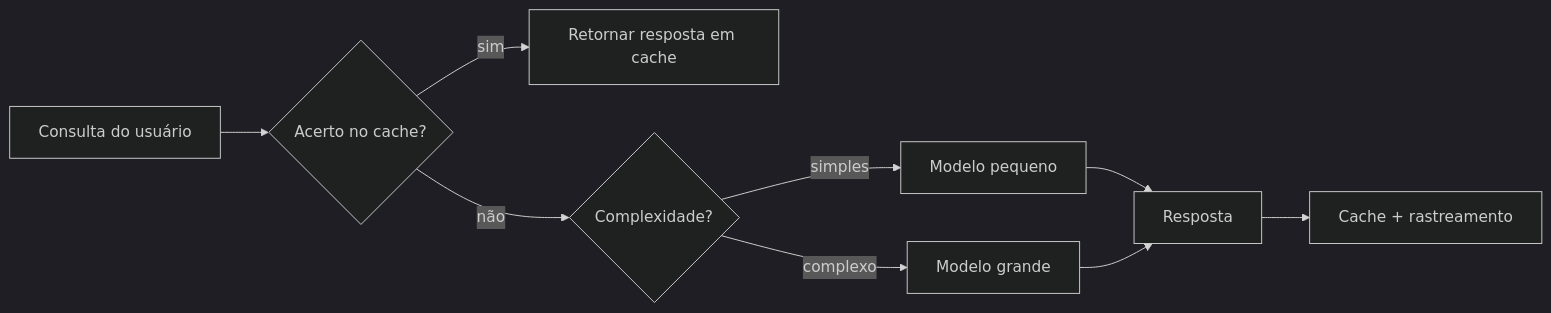
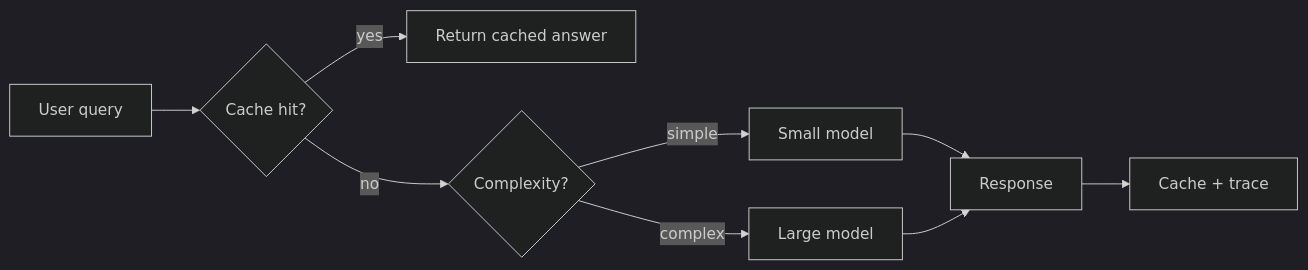
One commit to gabrielmoreira/agent-skills-mirror changed the third of 4 diagrams in mirrors/repos/microsoft@ai-agents-for-beginners/translations/pt-BR/16-deploying-scalable-agents/README.md. Above: the diagram before and after it, drawn with Mermaid (dark theme). The commit also changed other lines of this file and 5918 other files, not shown here.

````diff
--- a/mirrors/repos/microsoft@ai-agents-for-beginners/translations/pt-BR/16-deploying-scalable-agents/README.md
+++ b/mirrors/repos/microsoft@ai-agents-for-beginners/translations/pt-BR/16-deploying-scalable-agents/README.md
@@ -134,11 +134,11 @@
 ```mermaid
 flowchart LR
-    Q[Consulta do usuário] --> C{Acerto no cache?}
-    C -->|sim| R[Retornar resposta em cache]
-    C -->|não| Router{Complexidade?}
-    Router -->|simples| SLM[Modelo pequeno]
-    Router -->|complexo| LLM[Modelo grande]
-    SLM --> Out[Resposta]
+    Q[User query] --> C{Cache hit?}
+    C -->|yes| R[Return cached answer]
+    C -->|no| Router{Complexity?}
+    Router -->|simple| SLM[Small model]
+    Router -->|complex| LLM[Large model]
+    SLM --> Out[Response]
     LLM --> Out
-    Out --> Store[Cache + rastreamento]
+    Out --> Store[Cache + trace]
 ```
````
